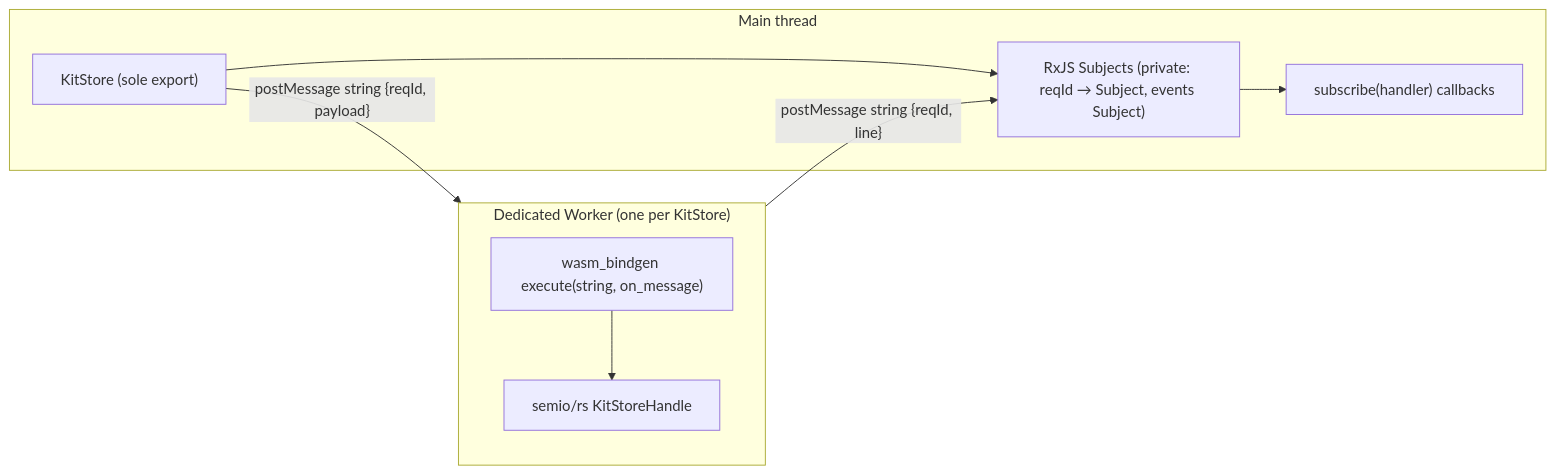
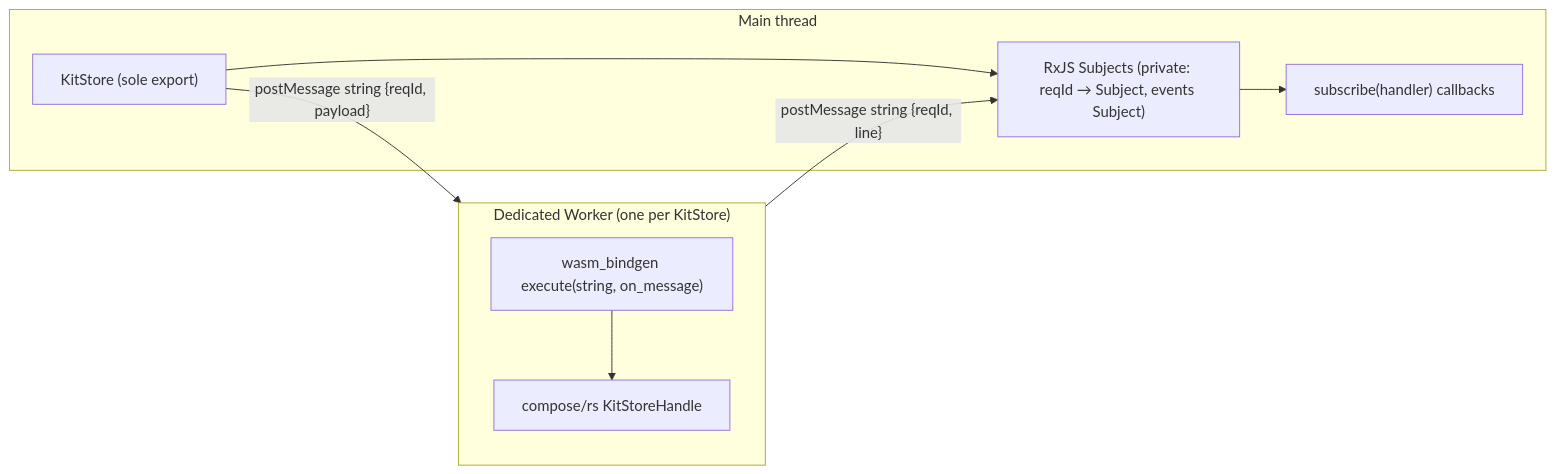
The diagram in .repo/🎫/26/04/26/JS-KIT-STORE-CONTROL-PLANE-AND-ASYNC-EXPORT/single-async-kitstore-export_0b8c7452.plan.md (usalu/semio), drawn with Mermaid before and after one commit. The commit also changed other lines of this file and 7735 other files, not shown here.

````diff
--- a/.repo/🎫/26/04/26/JS-KIT-STORE-CONTROL-PLANE-AND-ASYNC-EXPORT/single-async-kitstore-export_0b8c7452.plan.md
+++ b/.repo/🎫/26/04/26/JS-KIT-STORE-CONTROL-PLANE-AND-ASYNC-EXPORT/single-async-kitstore-export_0b8c7452.plan.md
@@ -64,17 +64,17 @@
 ```mermaid
 flowchart LR
   subgraph Main["Main thread"]
     KS["KitStore (sole export)"]
     Demux["RxJS Subjects (private: reqId → Subject<string>, events Subject<KitEvent>)"]
     Cb["subscribe(handler) callbacks"]
   end
   subgraph WorkerProc["Dedicated Worker (one per KitStore)"]
     Bind["wasm_bindgen execute(string, on_message)"]
-    WASM["semio/rs KitStoreHandle"]
+    WASM["compose/rs KitStoreHandle"]
   end
   KS --> Demux
   Demux --> Cb
   KS -- "postMessage string {reqId, payload}" --> WorkerProc
   WorkerProc -- "postMessage string {reqId, line}" --> Demux
   Bind --> WASM
 ```
````
